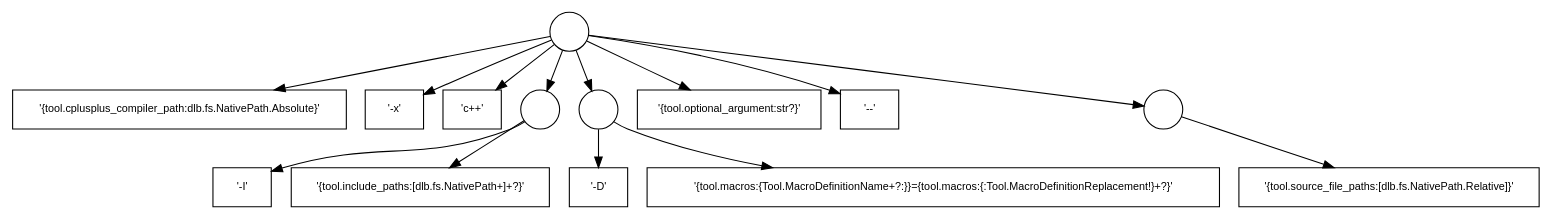
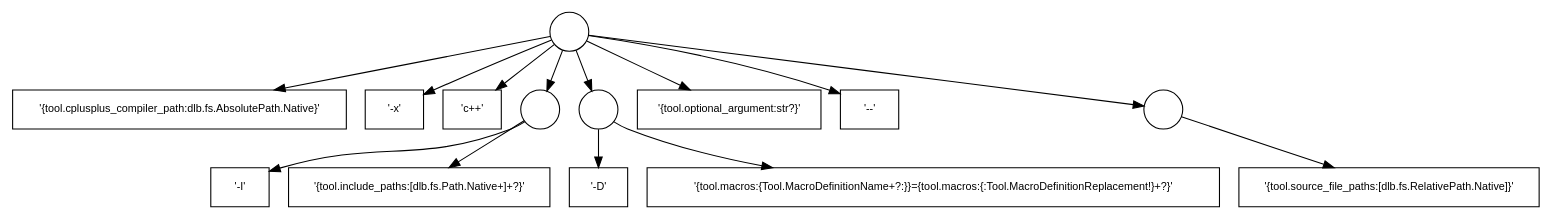
Before and after one commit to dlu-ch/dlb: the first of 5 diagrams in doc/Tmpl.rst, drawn with Graphviz. The commit also changed other lines of this file and 1 other file, not shown here.

Commit message:
Replace NativePath in examples for dlb.cmd.tmpl

```diff
--- a/doc/Tmpl.rst
+++ b/doc/Tmpl.rst
@@ -51,28 +42,28 @@
         .. digraph:: template_example1_unexpanded
 
            graph [fontname=Helvetica, fontsize=10];
            node [fontname=Helvetica, fontsize=10, shape=rect, style=filled, fillcolor=white];
            edge [fontname=Helvetica, fontsize=10];
 
            root[shape=circle, label=""];
-           root -> "'{tool.cplusplus_compiler_path:dlb.fs.NativePath.Absolute}'";
+           root -> "'{tool.cplusplus_compiler_path:dlb.fs.AbsolutePath.Native}'";
            root -> "'-x'";
            root -> "'c++'";
 
            root -> group1;
            group1[shape=circle, label=""];
            group1 -> "'-I'";
-           group1 -> "'{tool.include_paths:[dlb.fs.NativePath+]+?}'";
+           group1 -> "'{tool.include_paths:[dlb.fs.Path.Native+]+?}'";
 
            root -> group2;
 
            group2[shape=circle, label=""];
            group2 -> "'-D'";
            group2 -> "'{tool.macros:{Tool.MacroDefinitionName+?:}}={tool.macros:{:Tool.MacroDefinitionReplacement!}+?}'";
 
            root -> "'{tool.optional_argument:str?}'"
            root -> "'--'";
 
            root -> group3
            group3[shape=circle, label=""];
-           group3 -> "'{tool.source_file_paths:[dlb.fs.NativePath.Relative]}'";
+           group3 -> "'{tool.source_file_paths:[dlb.fs.RelativePath.Native]}'";
```
